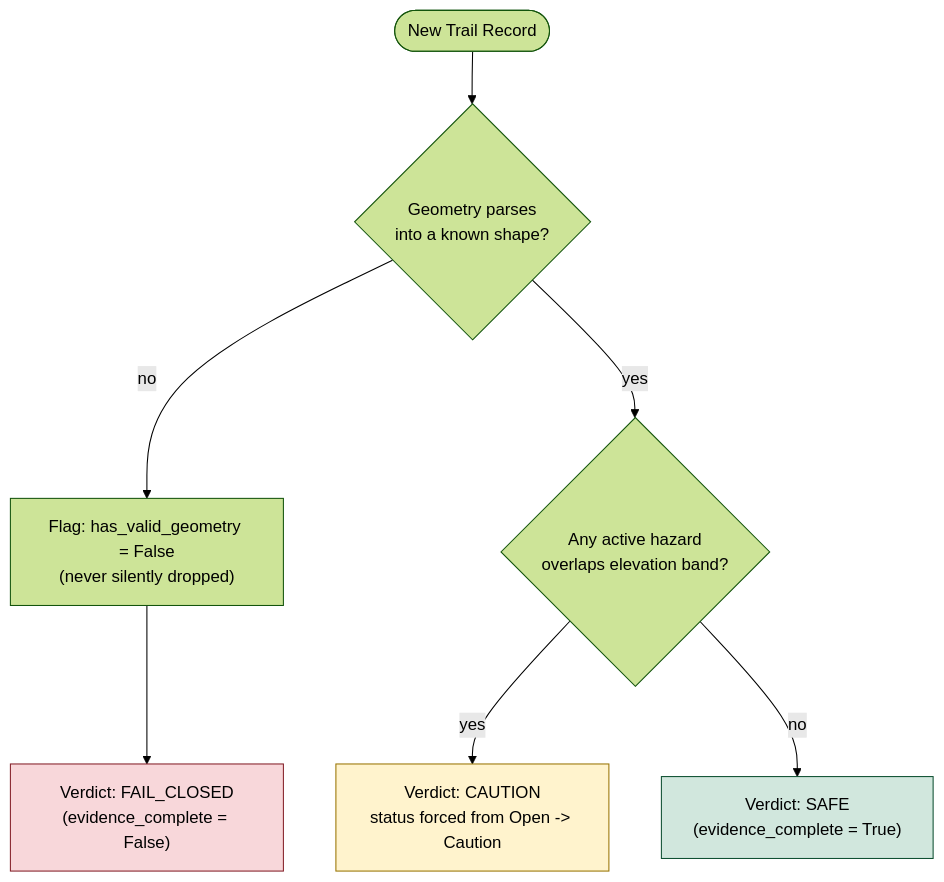
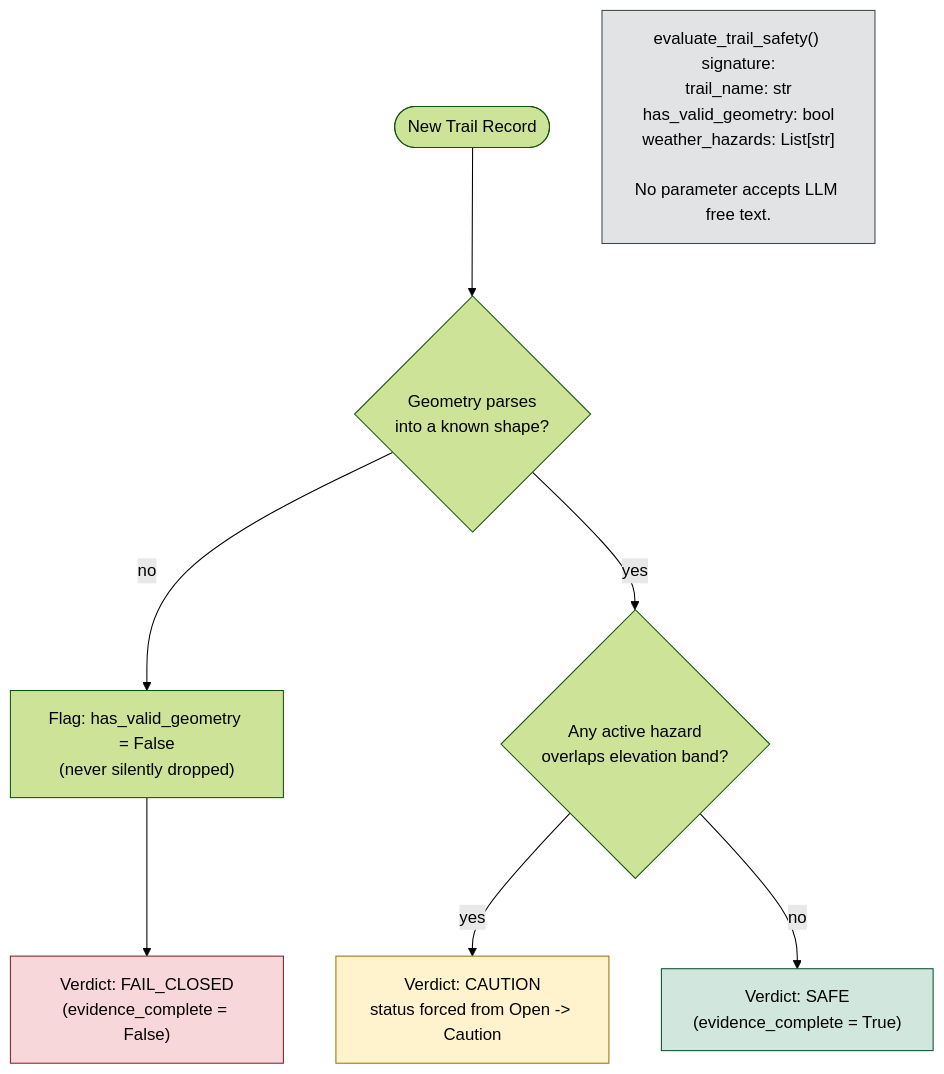
The diagram in workflow/03_fail_closed_decision_flow.md (mohitagr18/ch01-production-reality), drawn with Mermaid (forest theme) before and after one commit. The commit also changed other lines of this file and 18 other files, not shown here.

````diff
--- a/workflow/03_fail_closed_decision_flow.md
+++ b/workflow/03_fail_closed_decision_flow.md
@@ -6,14 +6,17 @@
 ```mermaid
 flowchart TD
     Start(["New Trail Record"]) --> G{"Geometry parses<br/>into a known shape?"}
     G -- "no" --> Flag["Flag: has_valid_geometry = False<br/>(never silently dropped)"]
     Flag --> FC["Verdict: FAIL_CLOSED<br/>(evidence_complete = False)"]
 
     G -- "yes" --> H{"Any active hazard<br/>overlaps elevation band?"}
     H -- "yes" --> CA["Verdict: CAUTION<br/>status forced from Open -> Caution"]
     H -- "no" --> SA["Verdict: SAFE<br/>(evidence_complete = True)"]
 
+    NOTE["evaluate_trail_safety() signature:<br/>trail_name: str<br/>has_valid_geometry: bool<br/>weather_hazards: List[str]<br/><br/>No parameter accepts LLM free text."]
+
     style FC fill:#f8d7da,stroke:#842029
     style CA fill:#fff3cd,stroke:#997404
     style SA fill:#d1e7dd,stroke:#0f5132
+    style NOTE fill:#e2e3e5,stroke:#41464b
 ```
````
